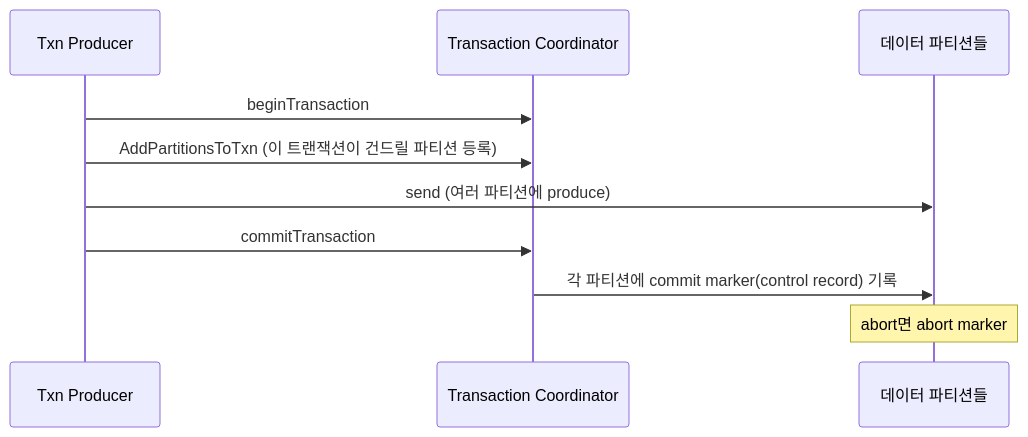
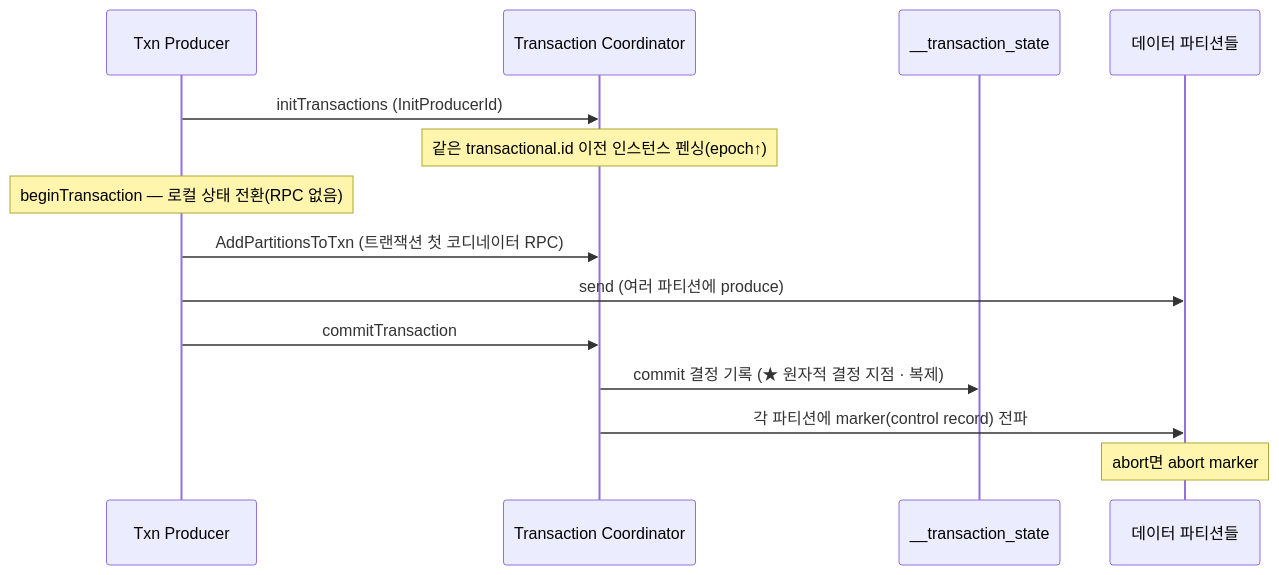
One commit to ghtjr410/kafka-lab changed the second of 4 diagrams in docs/book/1-internals/07-transactions.md. Above: the diagram before and after it, drawn with Mermaid. The commit also changed other lines of this file and 1 other file, not shown here.

First line of the commit message:
docs: 07 외부 리뷰 반영 — 원자성 결정지점(__transaction_state)·흐름도·LSO·head-of-line

````diff
--- a/docs/book/1-internals/07-transactions.md
+++ b/docs/book/1-internals/07-transactions.md
@@ -62,12 +62,16 @@
 ```mermaid
 sequenceDiagram
     participant P as Txn Producer
     participant TC as Transaction Coordinator
+    participant TS as __transaction_state
     participant Part as 데이터 파티션들
-    P->>TC: beginTransaction
-    P->>TC: AddPartitionsToTxn (이 트랜잭션이 건드릴 파티션 등록)
+    P->>TC: initTransactions (InitProducerId)
+    Note over TC: 같은 transactional.id 이전 인스턴스 펜싱(epoch↑)
+    Note over P: beginTransaction — 로컬 상태 전환(RPC 없음)
+    P->>TC: AddPartitionsToTxn (트랜잭션 첫 코디네이터 RPC)
     P->>Part: send (여러 파티션에 produce)
     P->>TC: commitTransaction
-    TC->>Part: 각 파티션에 commit marker(control record) 기록
+    TC->>TS: commit 결정 기록 (★ 원자적 결정 지점 · 복제)
+    TC->>Part: 각 파티션에 marker(control record) 전파
     Note over Part: abort면 abort marker
 ```
````
